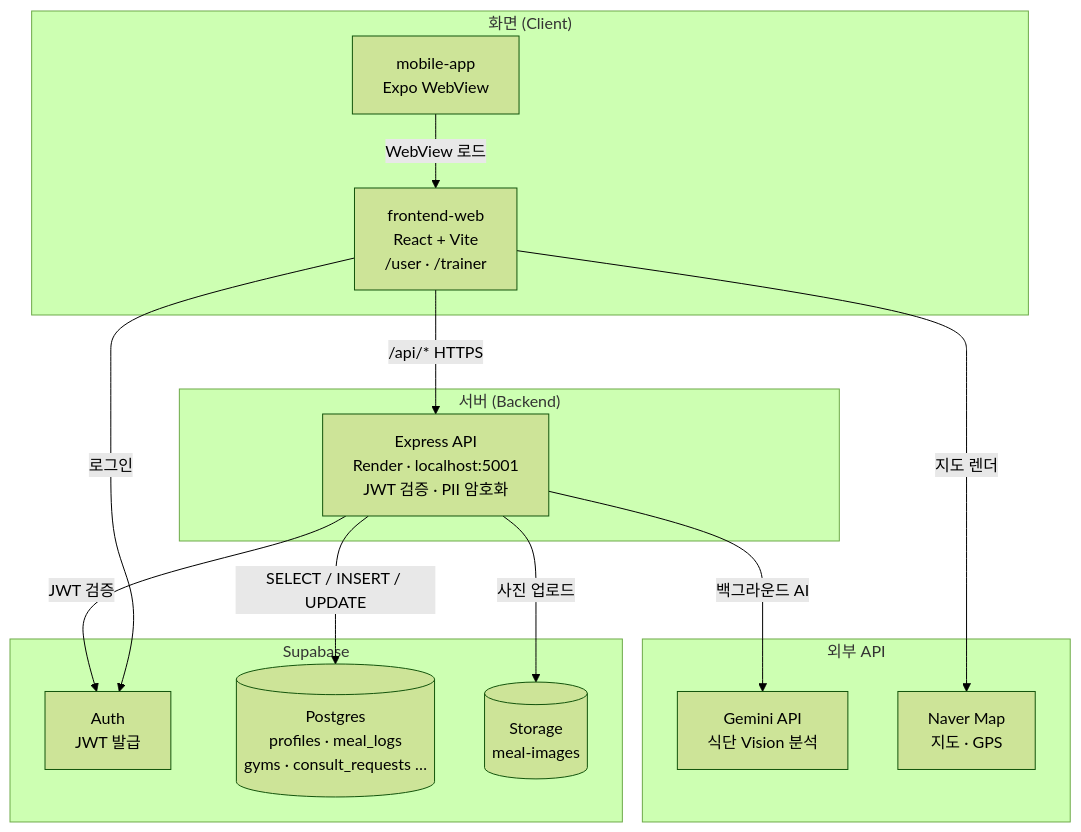
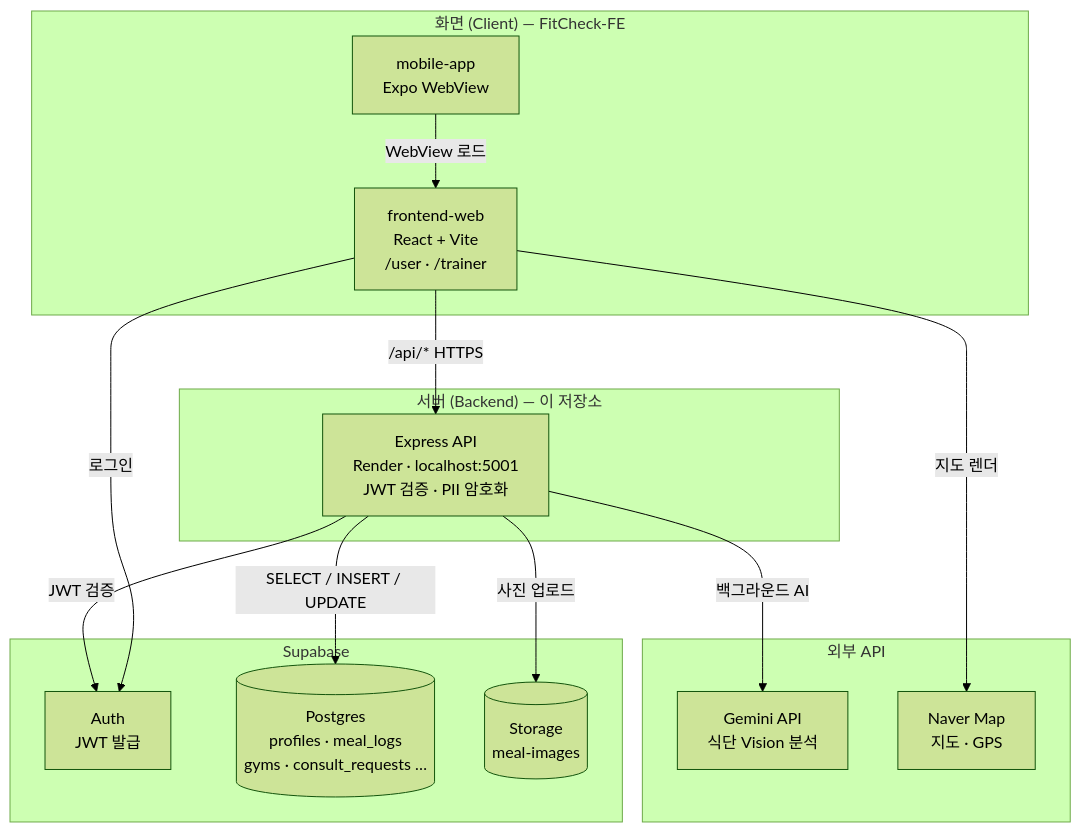
Before and after one commit to FitCheck-Healthcare/FitCheck-BE: the first of 4 diagrams in README.md, drawn with Mermaid (forest theme). The commit also changed other lines of this file and 1 other file, not shown here.

````diff
--- a/README.md
+++ b/README.md
@@ -59,32 +67,32 @@
 ```mermaid
 flowchart TB
-  subgraph Client["화면 (Client)"]
+  subgraph Client["화면 (Client) — FitCheck-FE"]
     WEB["frontend-web<br/>React + Vite<br/>/user · /trainer"]
     MOBILE["mobile-app<br/>Expo WebView"]
   end
 
-  subgraph Server["서버 (Backend)"]
+  subgraph Server["서버 (Backend) — 이 저장소"]
     API["Express API<br/>Render · localhost:5001<br/>JWT 검증 · PII 암호화"]
   end
 
   subgraph Supabase["Supabase"]
     AUTH["Auth<br/>JWT 발급"]
     DB[(Postgres<br/>profiles · meal_logs<br/>gyms · consult_requests …)]
     STORAGE[(Storage<br/>meal-images)]
   end
 
   subgraph External["외부 API"]
     GEMINI["Gemini API<br/>식단 Vision 분석"]
     NAVER["Naver Map<br/>지도 · GPS"]
   end
 
   MOBILE -->|WebView 로드| WEB
   WEB -->|"/api/*" HTTPS| API
   WEB -->|로그인| AUTH
   WEB -->|지도 렌더| NAVER
 
   API -->|SELECT / INSERT / UPDATE| DB
   API -->|JWT 검증| AUTH
   API -->|사진 업로드| STORAGE
   API -->|백그라운드 AI| GEMINI
 ```
````
